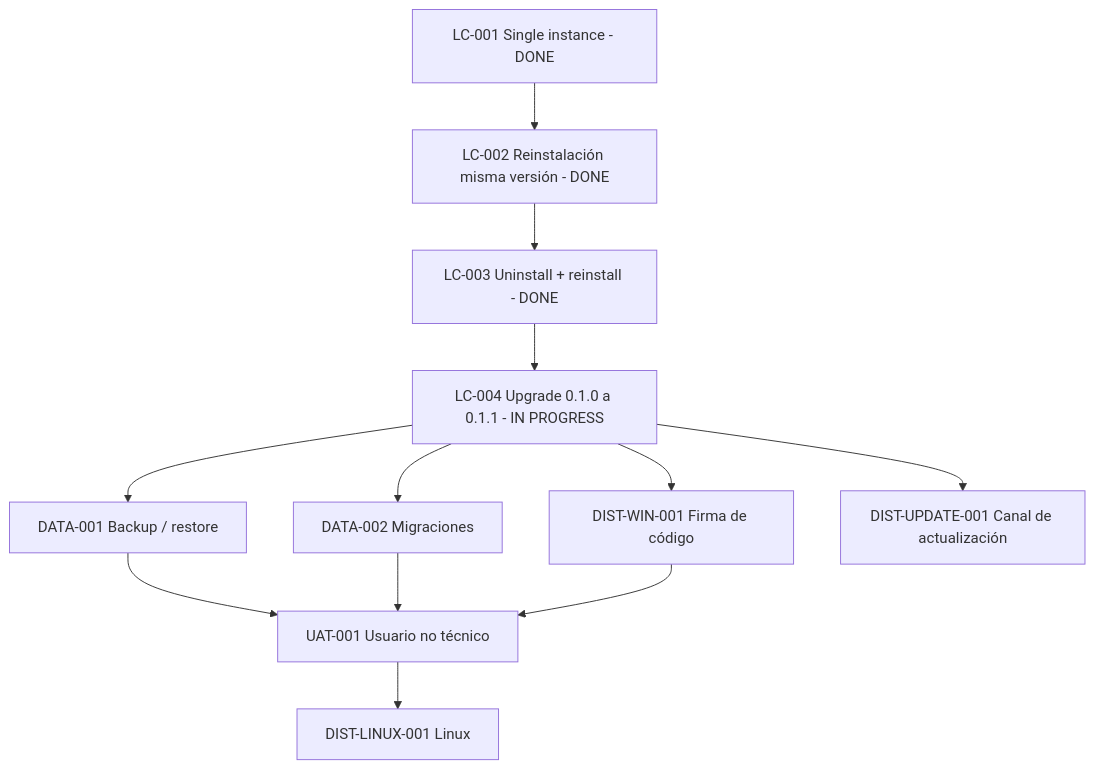
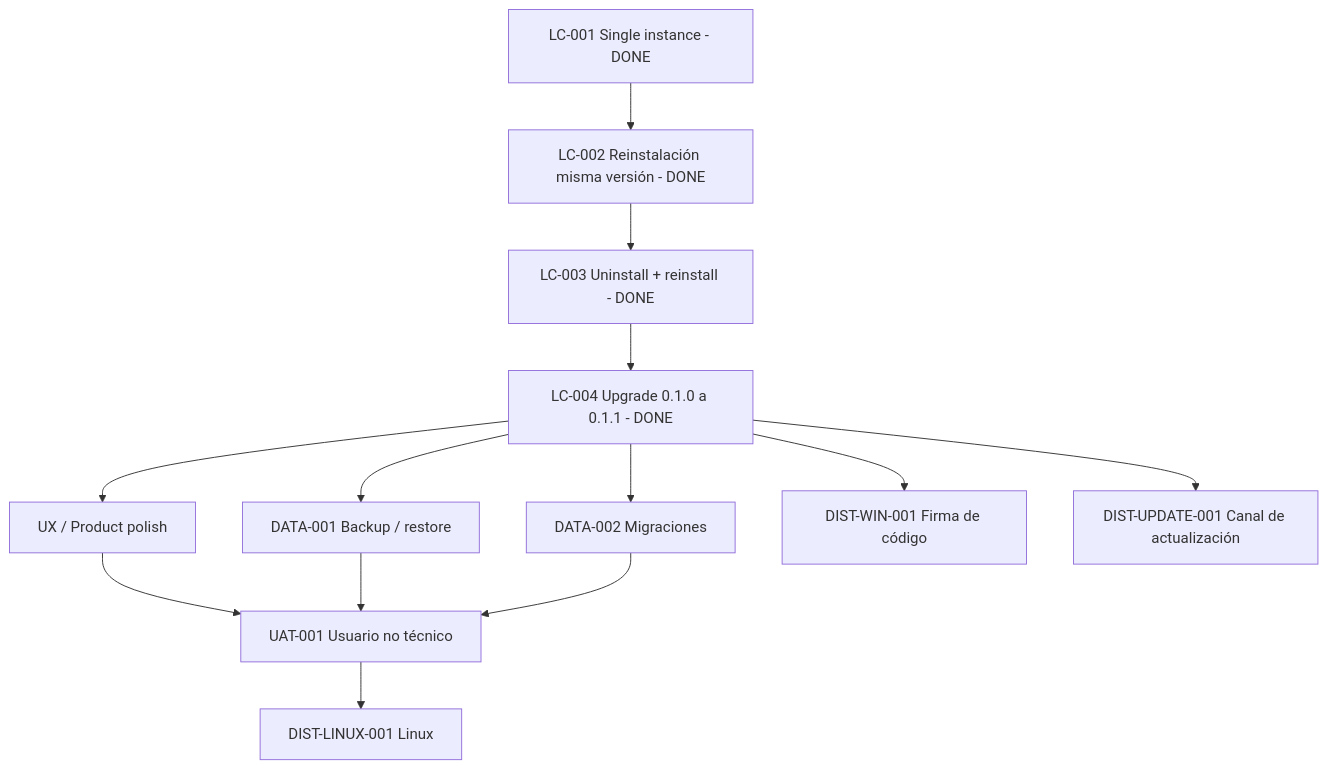
Before and after one commit to cmartinezs/personal-tax-ledger: the diagram in docs/backlog/desktop-lifecycle-and-distribution.md, drawn with Mermaid. The commit also changed other lines of this file, not shown here.

````diff
--- a/docs/backlog/desktop-lifecycle-and-distribution.md
+++ b/docs/backlog/desktop-lifecycle-and-distribution.md
@@ -393,14 +357,15 @@
 ```mermaid
 flowchart TD
     A["LC-001 Single instance - DONE"] --> B["LC-002 Reinstalación misma versión - DONE"]
     B --> C["LC-003 Uninstall + reinstall - DONE"]
-    C --> D["LC-004 Upgrade 0.1.0 a 0.1.1 - IN PROGRESS"]
+    C --> D["LC-004 Upgrade 0.1.0 a 0.1.1 - DONE"]
     D --> E["DATA-001 Backup / restore"]
     D --> F["DATA-002 Migraciones"]
-    D --> G["DIST-WIN-001 Firma de código"]
-    E --> H["UAT-001 Usuario no técnico"]
+    D --> G["UX / Product polish"]
+    G --> H["UAT-001 Usuario no técnico"]
+    E --> H
     F --> H
-    G --> H
-    H --> I["DIST-LINUX-001 Linux"]
-    D --> J["DIST-UPDATE-001 Canal de actualización"]
+    D --> I["DIST-WIN-001 Firma de código"]
+    H --> J["DIST-LINUX-001 Linux"]
+    D --> K["DIST-UPDATE-001 Canal de actualización"]
 ```
````
